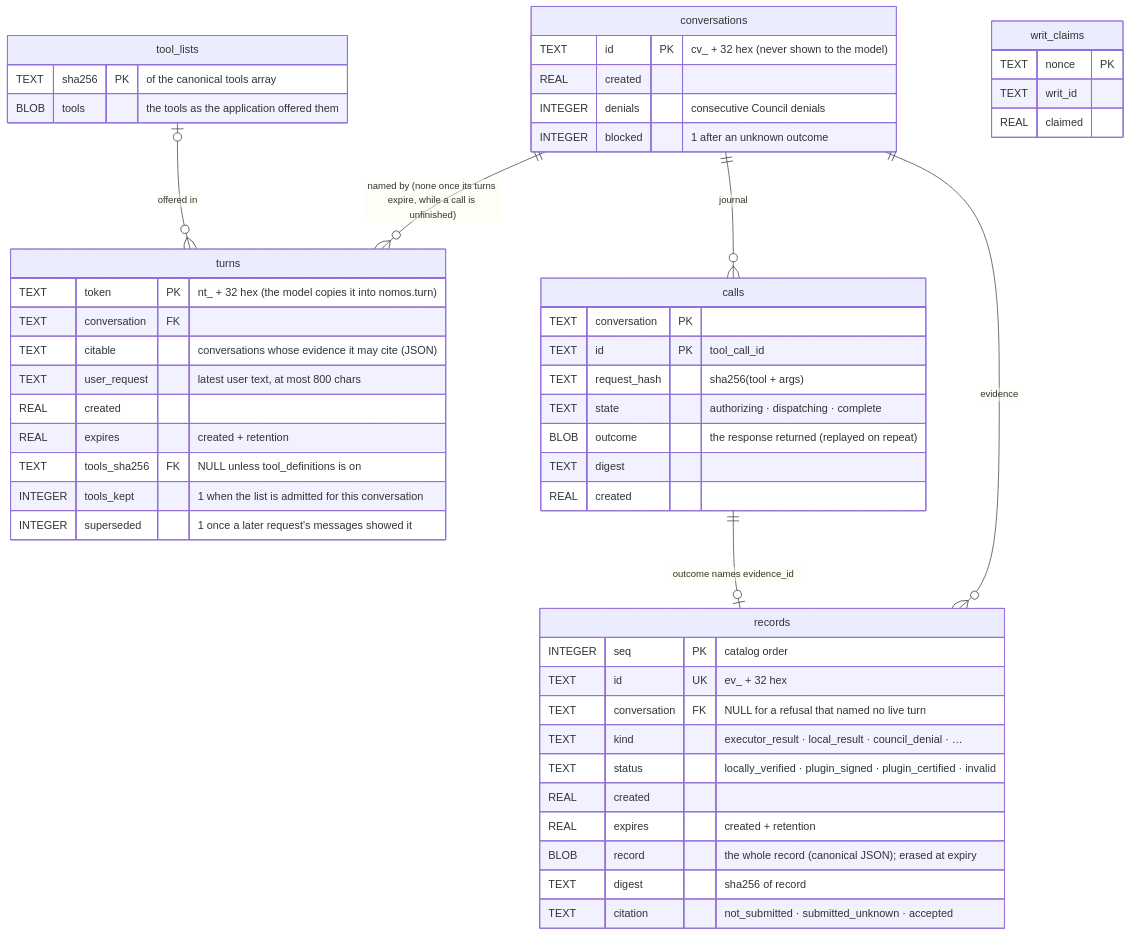
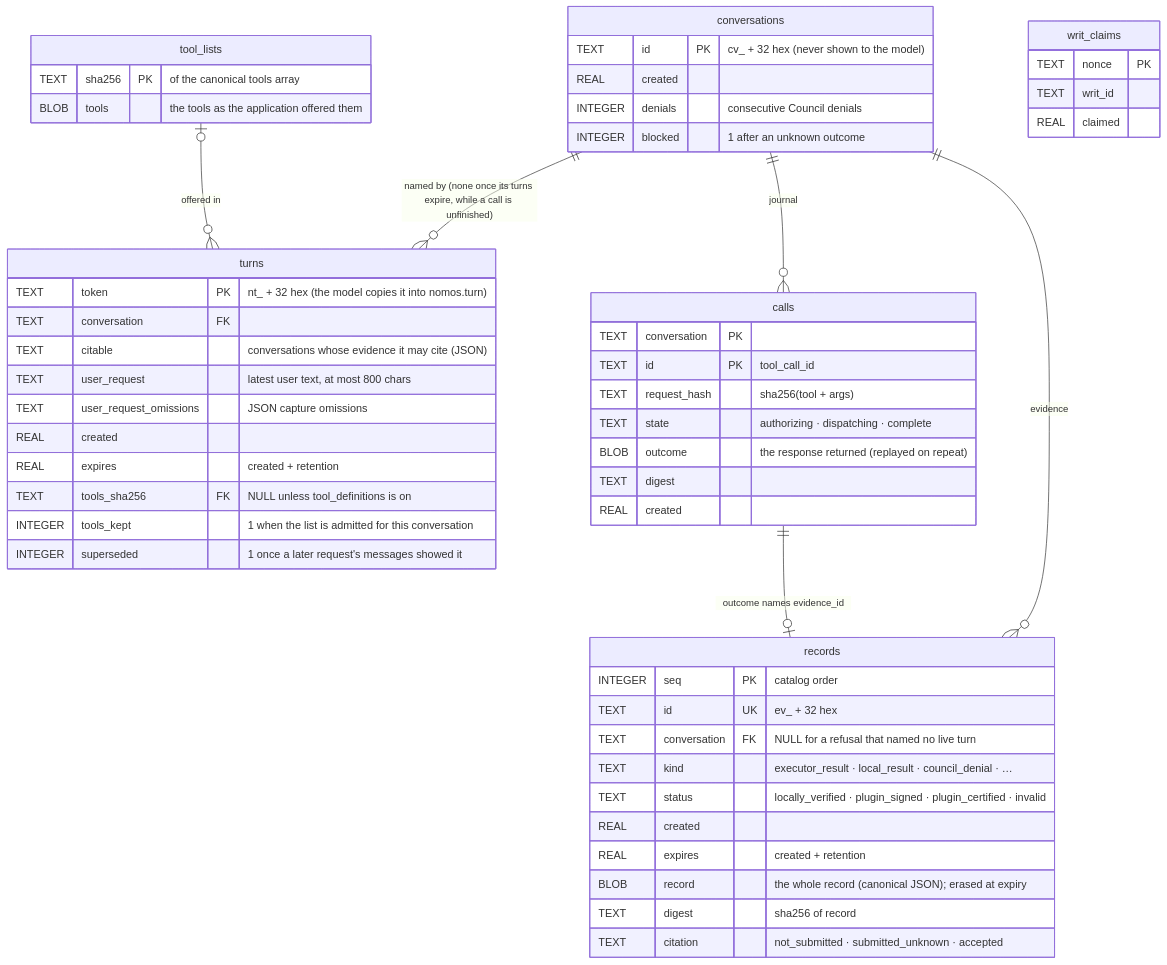
Before and after one commit to NVIDIA/Nomos: the diagram in integrations/nemo-relay/docs/architecture/07-storage-and-recovery.md, drawn with Mermaid. The commit also changed other lines of this file and 24 other files, not shown here.

````diff
--- a/integrations/nemo-relay/docs/architecture/07-storage-and-recovery.md
+++ b/integrations/nemo-relay/docs/architecture/07-storage-and-recovery.md
@@ -64,55 +65,56 @@
 ```mermaid
 erDiagram
   conversations {
     TEXT id PK "cv_ + 32 hex (never shown to the model)"
     REAL created
     INTEGER denials "consecutive Council denials"
     INTEGER blocked "1 after an unknown outcome"
   }
   turns {
     TEXT token PK "nt_ + 32 hex (the model copies it into nomos.turn)"
     TEXT conversation FK
     TEXT citable "conversations whose evidence it may cite (JSON)"
     TEXT user_request "latest user text, at most 800 chars"
+    TEXT user_request_omissions "JSON capture omissions"
     REAL created
     REAL expires "created + retention"
     TEXT tools_sha256 FK "NULL unless tool_definitions is on"
     INTEGER tools_kept "1 when the list is admitted for this conversation"
     INTEGER superseded "1 once a later request's messages showed it"
   }
   tool_lists {
     TEXT sha256 PK "of the canonical tools array"
     BLOB tools "the tools as the application offered them"
   }
   records {
     INTEGER seq PK "catalog order"
     TEXT id UK "ev_ + 32 hex"
     TEXT conversation FK "NULL for a refusal that named no live turn"
     TEXT kind "executor_result · local_result · council_denial · …"
     TEXT status "locally_verified · plugin_signed · plugin_certified · invalid"
     REAL created
     REAL expires "created + retention"
     BLOB record "the whole record (canonical JSON); erased at expiry"
     TEXT digest "sha256 of record"
     TEXT citation "not_submitted · submitted_unknown · accepted"
   }
   calls {
     TEXT conversation PK
     TEXT id PK "tool_call_id"
     TEXT request_hash "sha256(tool + args)"
     TEXT state "authorizing · dispatching · complete"
     BLOB outcome "the response returned (replayed on repeat)"
     TEXT digest
     REAL created
   }
   writ_claims {
     TEXT nonce PK
     TEXT writ_id
     REAL claimed
   }
   conversations ||--o{ turns : "named by (none once its turns expire, while a call is unfinished)"
   tool_lists |o--o{ turns : "offered in"
   conversations ||--o{ calls : "journal"
   conversations ||--o{ records : "evidence"
   calls ||--o| records : "outcome names evidence_id"
 ```
````
